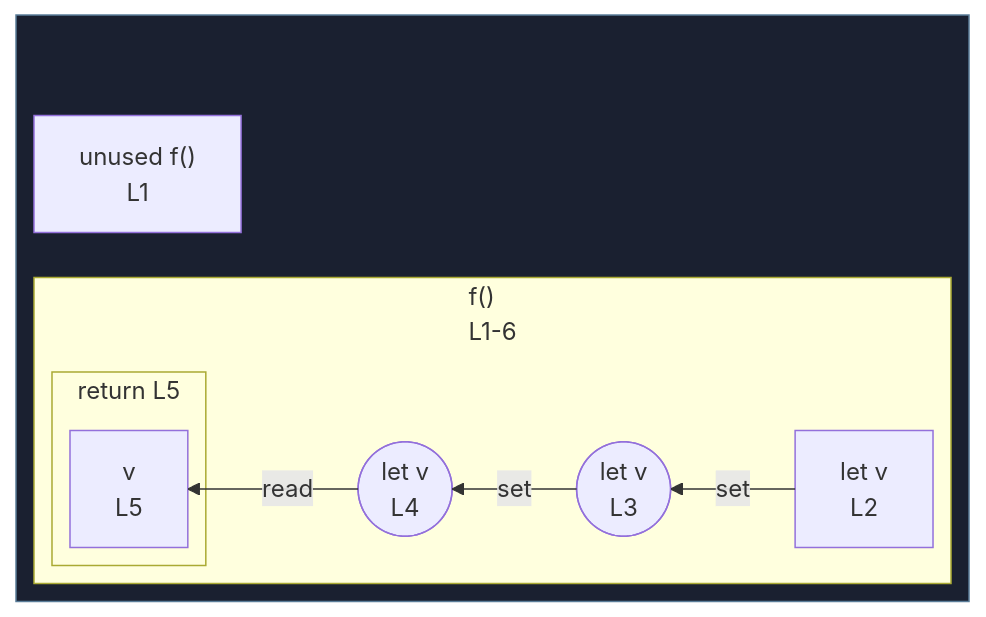
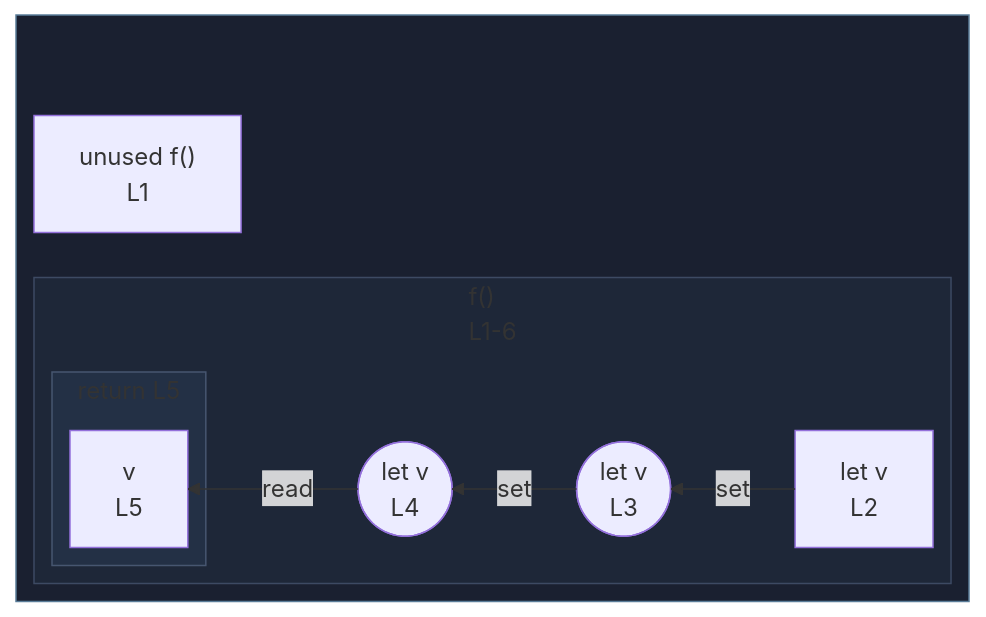
The diagram in integration/fixtures/function/declaration/multi-write-with-return/preview.md (crescware/unsnarl), drawn with Mermaid before and after one commit. The commit also changed 249 other files, not shown here.

First line of the commit message:
Color Mermaid subgraphs by nesting depth via theme palette

````diff
--- a/integration/fixtures/function/declaration/multi-write-with-return/preview.md
+++ b/integration/fixtures/function/declaration/multi-write-with-return/preview.md
@@ -16,23 +16,27 @@
 ```mermaid
 %%{init: {"flowchart": {"defaultRenderer": "elk"}}}%%
 flowchart RL
   subgraph wrap_s_scope_1[" "]
     direction TB
     n_scope_0_f_9["unused f()<br/>L1"]
     subgraph s_scope_1["f()<br/>L1-6"]
       direction RL
       n_scope_1_v_21["let v<br/>L2"]
       wr_ref_1(["let v<br/>L3"])
       wr_ref_2(["let v<br/>L4"])
       subgraph s_return_scope_0_f_9_48_57["return L5"]
         direction RL
         ret_use_ref_3["v<br/>L5"]
       end
     end
   end
   n_scope_1_v_21 -->|set| wr_ref_1
   wr_ref_1 -->|set| wr_ref_2
   wr_ref_2 -->|read| ret_use_ref_3
   classDef fnWrap fill:#1a2030,stroke:#5a7d99;
   class wrap_s_scope_1 fnWrap;
+  classDef nestL1 fill:#1e2738,stroke:#3d4a63;
+  class s_scope_1 nestL1;
+  classDef nestL2 fill:#233045,stroke:#475670;
+  class s_return_scope_0_f_9_48_57 nestL2;
 ```
````
